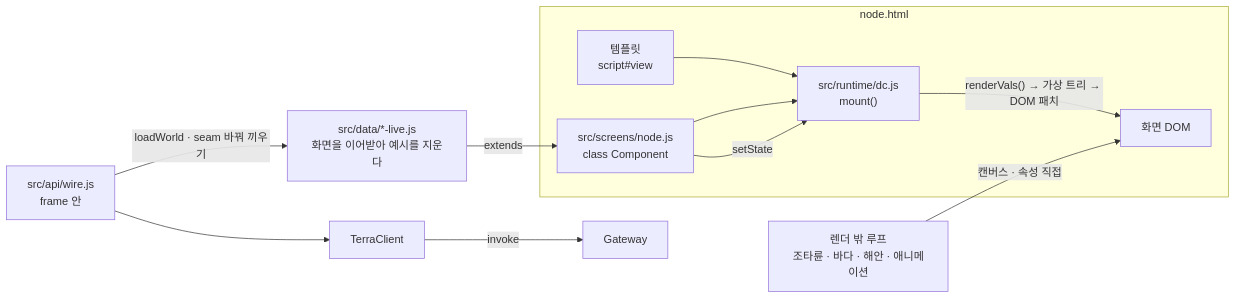
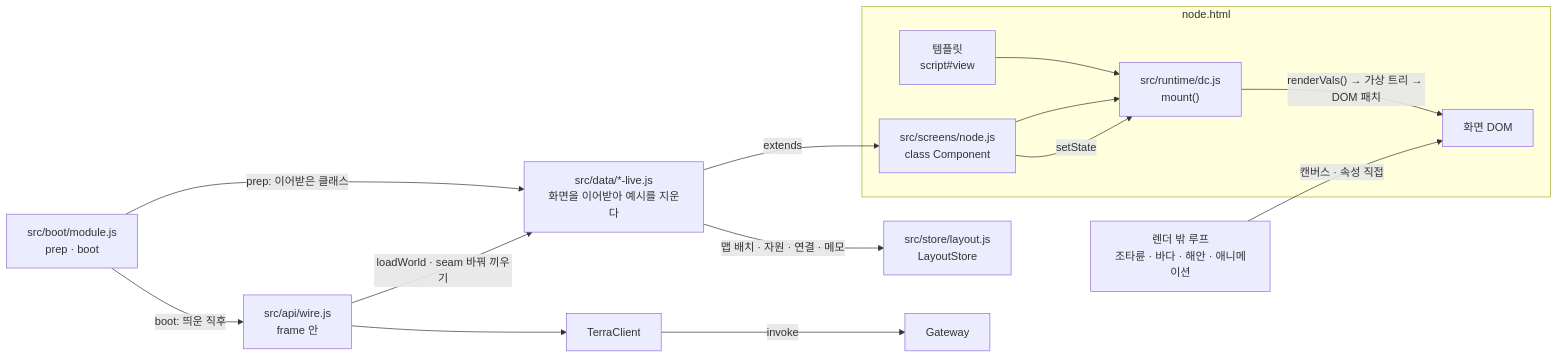
The first of 3 diagrams in common/lab.stellaxia.node-gui/web/docs/architecture.md (StellaxiaLab/modules), drawn with Mermaid before and after one commit. The commit also changed other lines of this file and 14 other files, not shown here.

````diff
--- a/common/lab.stellaxia.node-gui/web/docs/architecture.md
+++ b/common/lab.stellaxia.node-gui/web/docs/architecture.md
@@ -28,13 +30,16 @@
 ```mermaid
 flowchart LR
   subgraph Page["node.html"]
     TPL["템플릿<br/>script#view"] --> RT["src/runtime/dc.js<br/>mount()"]
     SC["src/screens/node.js<br/>class Component"] --> RT
     RT -->|"renderVals() → 가상 트리 → DOM 패치"| DOM["화면 DOM"]
   end
   SC -->|"setState"| RT
   LOOP["렌더 밖 루프<br/>조타륜 · 바다 · 해안 · 애니메이션"] -->|"캔버스 · 속성 직접"| DOM
-  REAL["src/data/*-live.js<br/>화면을 이어받아 예시를 지운다"] -->|"extends"| SC
-  WIRE["src/api/wire.js<br/>frame 안"] -->|"loadWorld · seam 바꿔 끼우기"| REAL
+  BOOT["src/boot/module.js<br/>prep · boot"] -->|"prep: 이어받은 클래스"| REAL["src/data/*-live.js<br/>화면을 이어받아 예시를 지운다"]
+  REAL -->|"extends"| SC
+  BOOT -->|"boot: 띄운 직후"| WIRE["src/api/wire.js<br/>frame 안"]
+  WIRE -->|"loadWorld · seam 바꿔 끼우기"| REAL
   WIRE --> CL["TerraClient"] -->|"invoke"| GW["Gateway"]
+  REAL -->|"맵 배치 · 자원 · 연결 · 메모"| LS["src/store/layout.js<br/>LayoutStore"]
 ```
````
